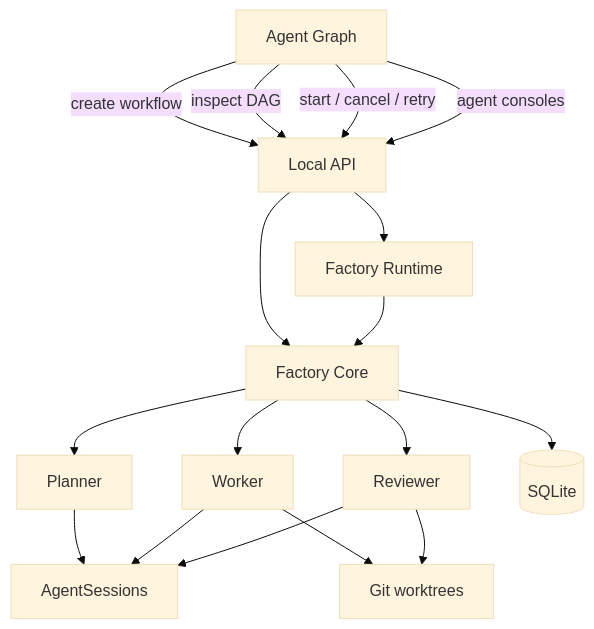
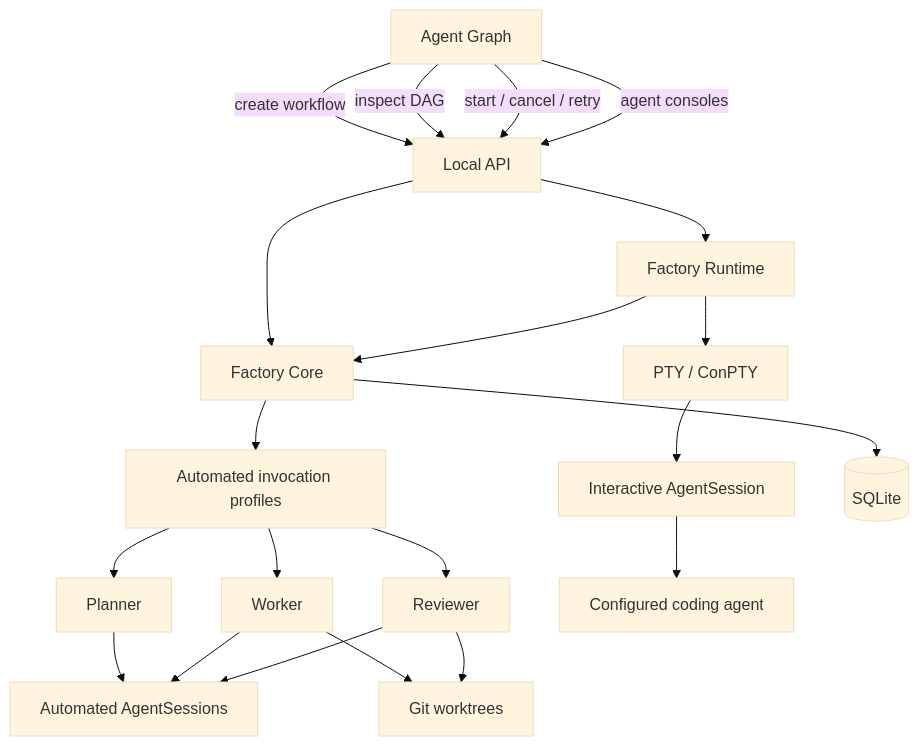
The diagram in docs/architecture.md (OmegaMc1331/agentic-software-factory), drawn with Mermaid (base theme) before and after one commit. The commit also changed other lines of this file and 33 other files, not shown here.

Commit message:
fix: add agent invocation profiles and PTY consoles

````diff
--- a/docs/architecture.md
+++ b/docs/architecture.md
@@ -7,20 +7,24 @@
 ```mermaid
 flowchart TB
     GRAPH[Agent Graph]
     GRAPH -->|create workflow| API[Local API]
     GRAPH -->|inspect DAG| API
     GRAPH -->|start / cancel / retry| API
     GRAPH -->|agent consoles| API
     API --> RUNTIME[Factory Runtime]
     API --> CORE[Factory Core]
     RUNTIME --> CORE
-    CORE --> P[Planner]
-    CORE --> W[Worker]
-    CORE --> R[Reviewer]
-    P --> S[AgentSessions]
+    CORE --> AUTO[Automated invocation profiles]
+    AUTO --> P[Planner]
+    AUTO --> W[Worker]
+    AUTO --> R[Reviewer]
+    P --> S[Automated AgentSessions]
     W --> S
     R --> S
+    RUNTIME --> PTY[PTY / ConPTY]
+    PTY --> IS[Interactive AgentSession]
+    IS --> CA[Configured coding agent]
     W --> WT[Git worktrees]
     R --> WT
     CORE --> DB[(SQLite)]
 ```
````
